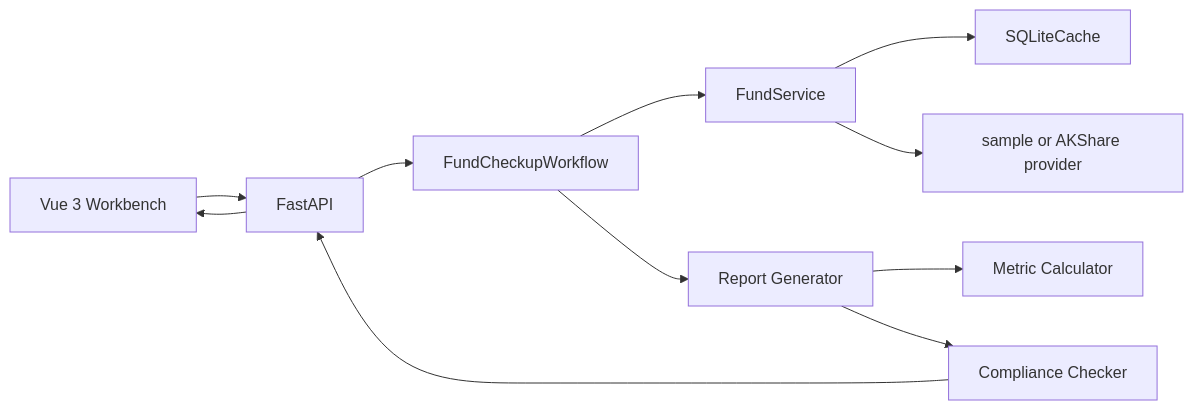
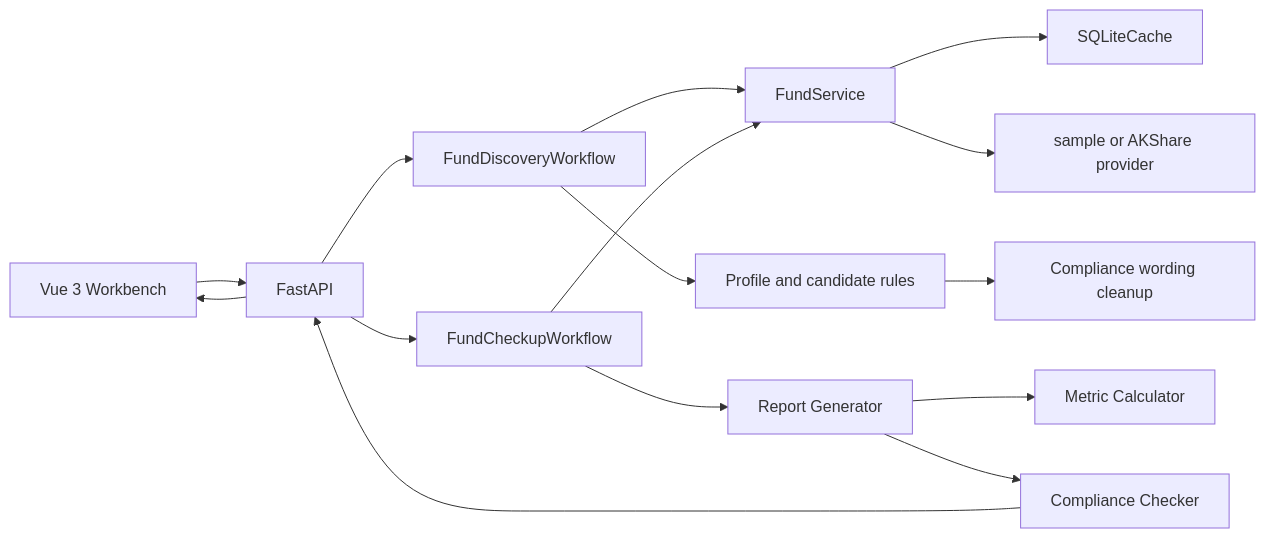
One commit to normalform3/fund-scope-agent changed the first of 4 diagrams in docs/ARCHITECTURE.md. Above: the diagram before and after it, drawn with Mermaid. The commit also changed other lines of this file and 25 other files, not shown here.

````diff
--- a/docs/ARCHITECTURE.md
+++ b/docs/ARCHITECTURE.md
@@ -7,13 +7,17 @@
 ```mermaid
 flowchart LR
   Frontend["Vue 3 Workbench"] --> API["FastAPI"]
+  API --> Discovery["FundDiscoveryWorkflow"]
   API --> Workflow["FundCheckupWorkflow"]
+  Discovery --> FundService["FundService"]
+  Discovery --> DiscoveryRules["Profile and candidate rules"]
+  DiscoveryRules --> DiscoveryCompliance["Compliance wording cleanup"]
   Workflow --> FundService["FundService"]
   FundService --> Cache["SQLiteCache"]
   FundService --> Provider["sample or AKShare provider"]
   Workflow --> Report["Report Generator"]
   Report --> Metrics["Metric Calculator"]
   Report --> Compliance["Compliance Checker"]
   Compliance --> API
   API --> Frontend
 ```
````
